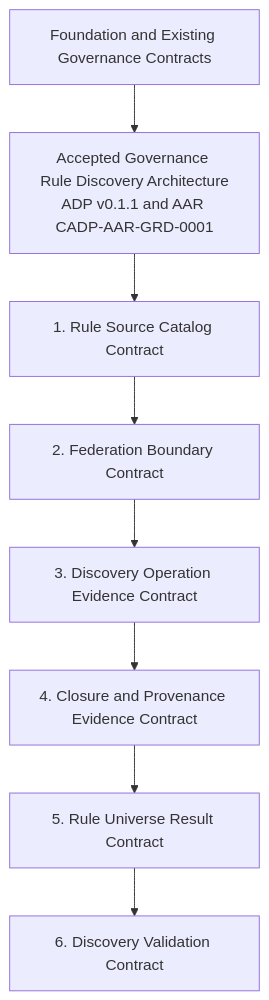
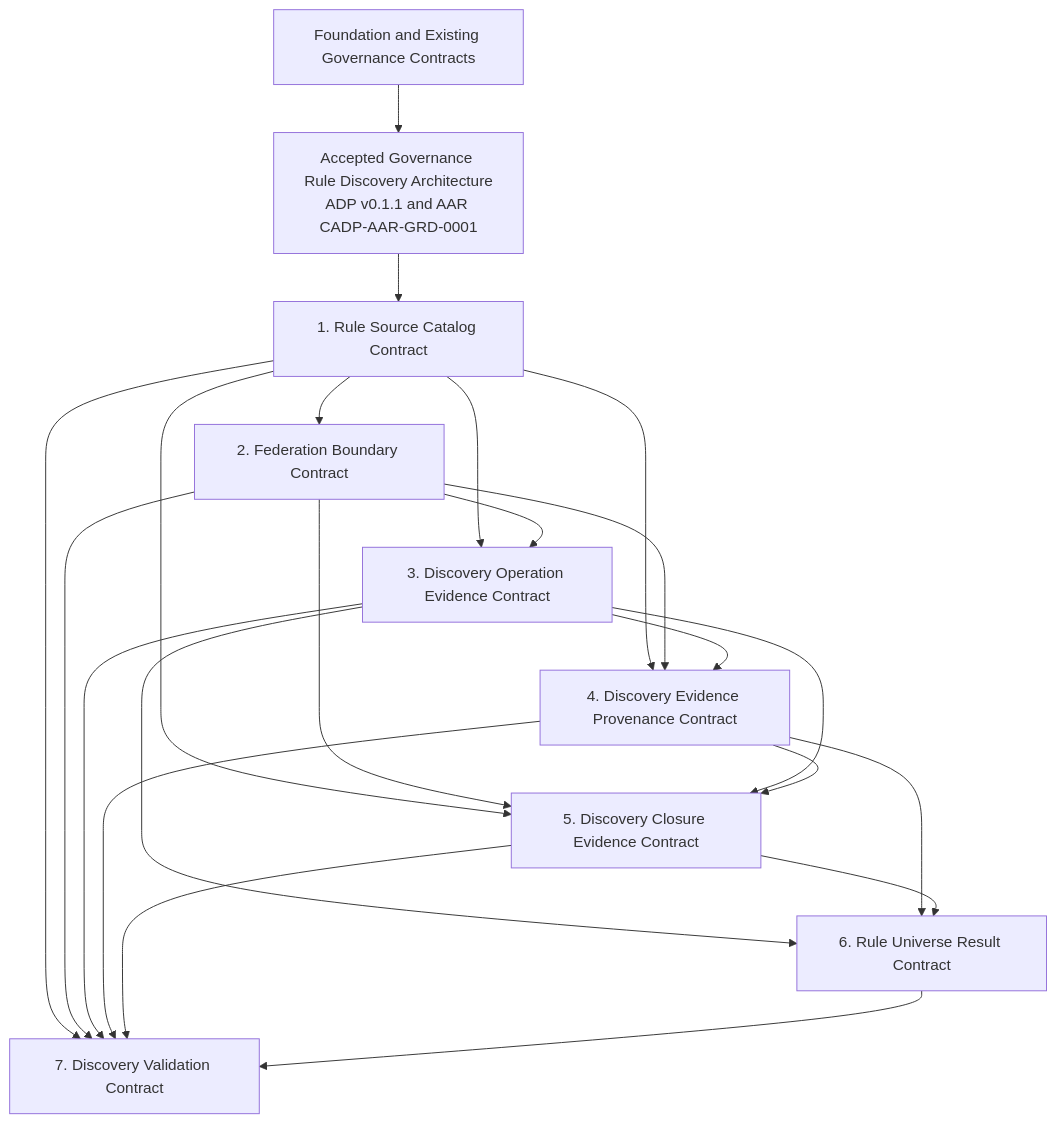
The diagram in docs/contracts/GOVERNANCE_RULE_DISCOVERY_CONTRACT_DECOMPOSITION_PLAN.md (dchaschin79-sys/cliff-ai-development-platform), drawn with Mermaid before and after one commit. The commit also changed other lines of this file, not shown here.

Commit message:
docs(contracts): revise governance rule discovery contract decomposition plan v0.2.0

````diff
--- a/docs/contracts/GOVERNANCE_RULE_DISCOVERY_CONTRACT_DECOMPOSITION_PLAN.md
+++ b/docs/contracts/GOVERNANCE_RULE_DISCOVERY_CONTRACT_DECOMPOSITION_PLAN.md
@@ -302,19 +310,34 @@
 ```mermaid
 flowchart TB
     F["Foundation and Existing Governance Contracts"]
     A["Accepted Governance Rule Discovery Architecture<br/>ADP v0.1.1 and AAR CADP-AAR-GRD-0001"]
     C1["1. Rule Source Catalog Contract"]
     C2["2. Federation Boundary Contract"]
     C3["3. Discovery Operation Evidence Contract"]
-    C4["4. Closure and Provenance Evidence Contract"]
-    C5["5. Rule Universe Result Contract"]
-    C6["6. Discovery Validation Contract"]
+    C4["4. Discovery Evidence Provenance Contract"]
+    C5["5. Discovery Closure Evidence Contract"]
+    C6["6. Rule Universe Result Contract"]
+    C7["7. Discovery Validation Contract"]
 
     F --> A
     A --> C1
     C1 --> C2
+    C1 --> C3
     C2 --> C3
+    C1 --> C4
+    C2 --> C4
     C3 --> C4
+    C1 --> C5
+    C2 --> C5
+    C3 --> C5
     C4 --> C5
+    C3 --> C6
+    C4 --> C6
     C5 --> C6
+    C1 --> C7
+    C2 --> C7
+    C3 --> C7
+    C4 --> C7
+    C5 --> C7
+    C6 --> C7
 ```
````
